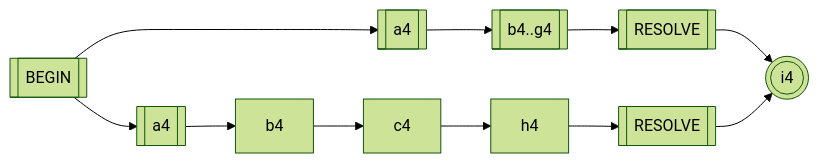
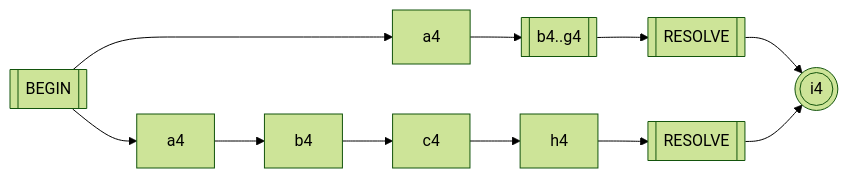
Before and after one commit to vczh-websites/vczh: diagram 26 of 27 in Blog/GLR-Refactoring/Mermaid.md, drawn with Mermaid (forest theme). The commit also changed other lines of this file, not shown here.

````diff
--- a/Blog/GLR-Refactoring/Mermaid.md
+++ b/Blog/GLR-Refactoring/Mermaid.md
@@ -633,6 +633,6 @@
 ```mermaid
 graph LR
-  S[[BEGIN]]-->a4_1[[a4]]-->b4_g4[["b4..g4"]]-->R_1[[RESOLVE]]
-  S-->a4_2[[a4]]-->b4-->c4-->h4-->R_2[[RESOLVE]]
+  S[[BEGIN]]-->a4_1[a4]-->b4_g4[["b4..g4"]]-->R_1[[RESOLVE]]
+  S-->a4_2[a4]-->b4-->c4-->h4-->R_2[[RESOLVE]]
   R_1 & R_2-->i4(((i4)))
 ```
````
